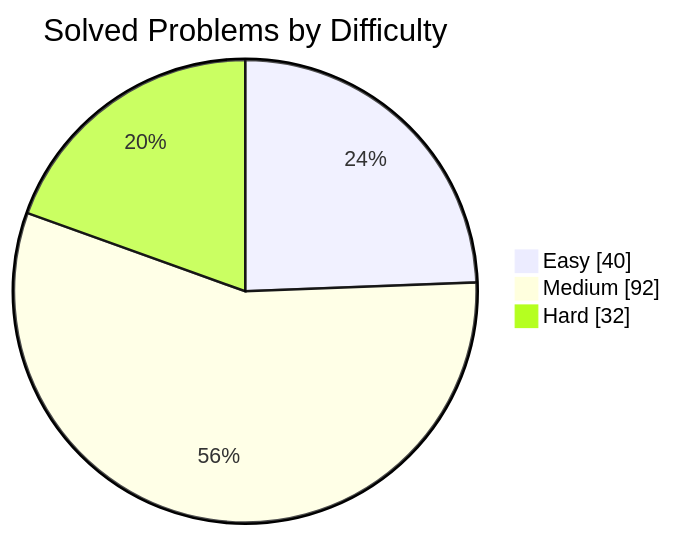
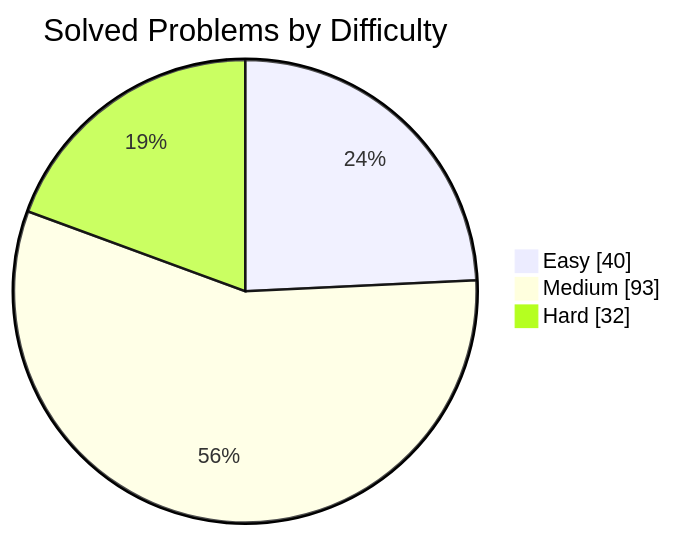
Before and after one commit to manikantbindass/DSA-Preparation-FAANG: the first of 2 diagrams in README.md, drawn with Mermaid. The commit also changed other lines of this file, not shown here.

````diff
--- a/README.md
+++ b/README.md
@@ -38,7 +38,7 @@
 ```mermaid
 pie showData
     title Solved Problems by Difficulty
     "Easy" : 40
-    "Medium" : 92
+    "Medium" : 93
     "Hard" : 32
 ```
````
